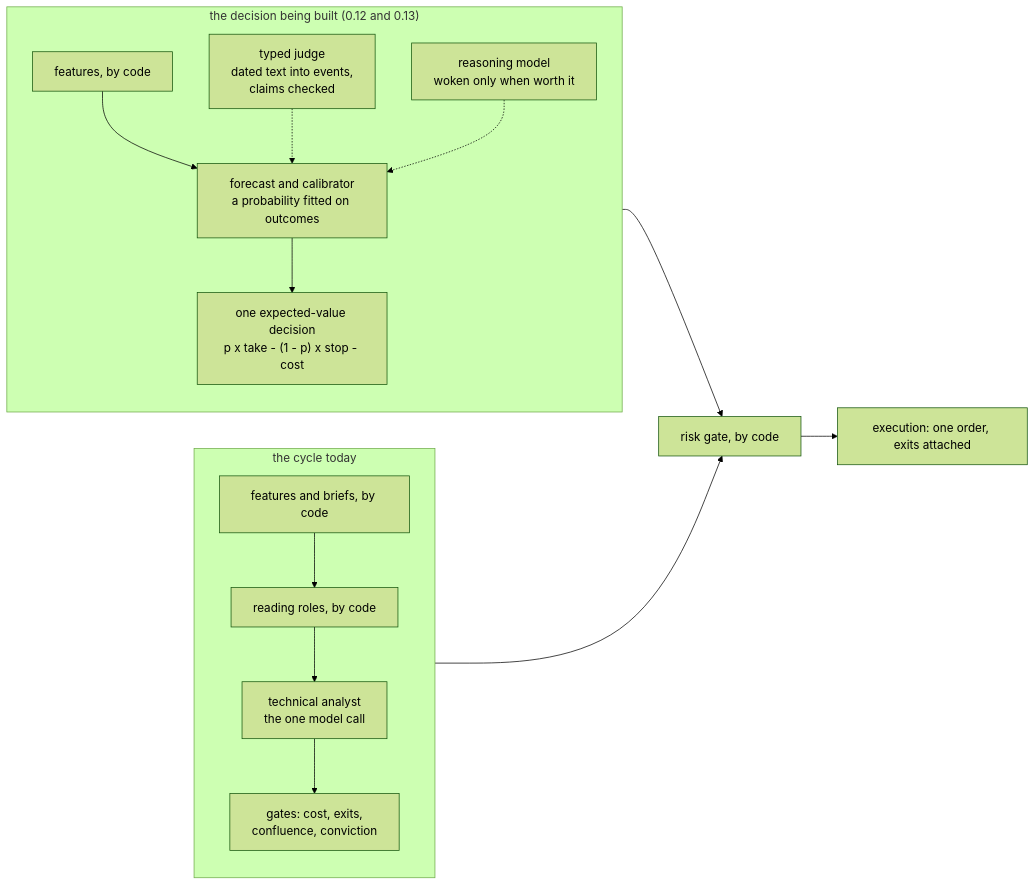
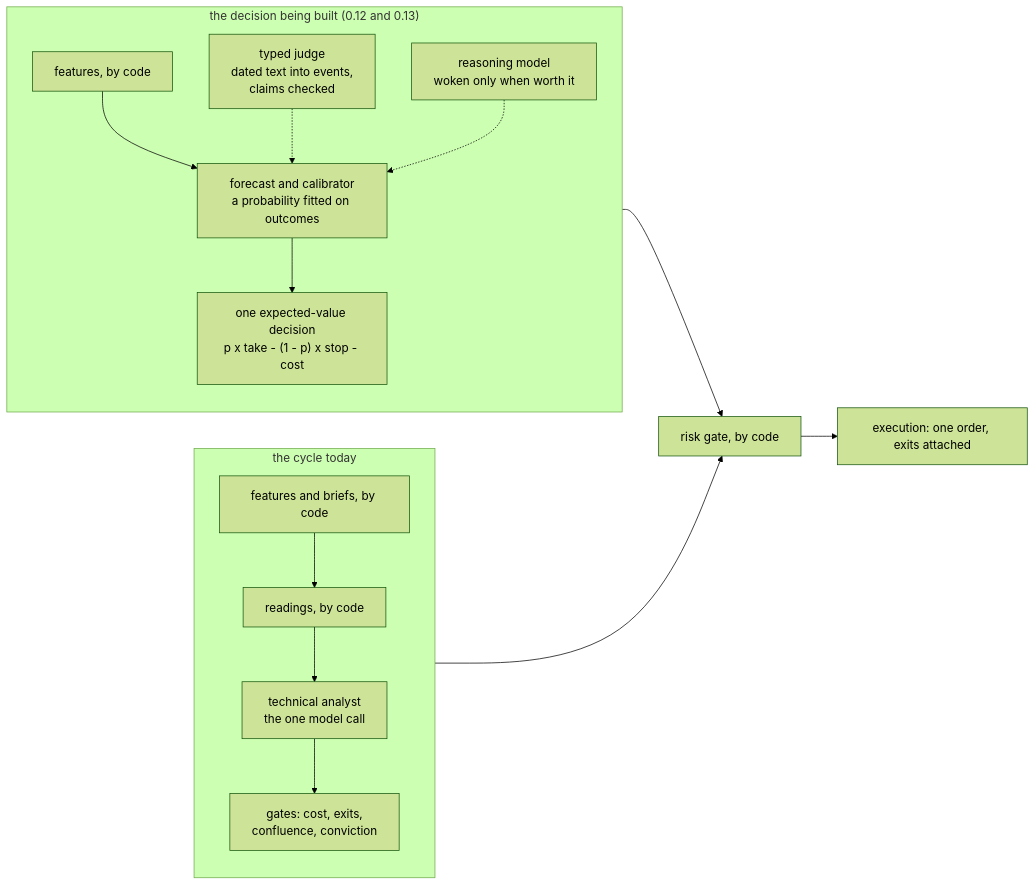
Before and after one commit to BijectiveLabs/bitra: the second of 3 diagrams in docs/opensource/architecture.md, drawn with Mermaid (forest theme). The commit also changed other lines of this file and 66 other files, not shown here.

Commit message:
Readings, not analysts: macro, onchain and sentiment as code in readings/

````diff
--- a/docs/opensource/architecture.md
+++ b/docs/opensource/architecture.md
@@ -197,19 +199,19 @@
 ```mermaid
 flowchart LR
     subgraph now["the cycle today"]
         direction TB
-        f1["features and briefs, by code"] --> r1["reading roles, by code"]
+        f1["features and briefs, by code"] --> r1["readings, by code"]
         r1 --> m1["technical analyst<br/>the one model call"]
         m1 --> g1["gates: cost, exits,<br/>confluence, conviction"]
     end
     subgraph next["the decision being built (0.12 and 0.13)"]
         direction TB
         f2["features, by code"] --> fc["forecast and calibrator<br/>a probability fitted on outcomes"]
         j2["typed judge<br/>dated text into events,<br/>claims checked"] -.-> fc
         s2["reasoning model<br/>woken only when worth it"] -.-> fc
         fc --> ev["one expected-value decision<br/>p x take - (1 - p) x stop - cost"]
     end
     g1 --> gate["risk gate, by code"]
     ev --> gate
     gate --> ex["execution: one order, exits attached"]
 ```
````
